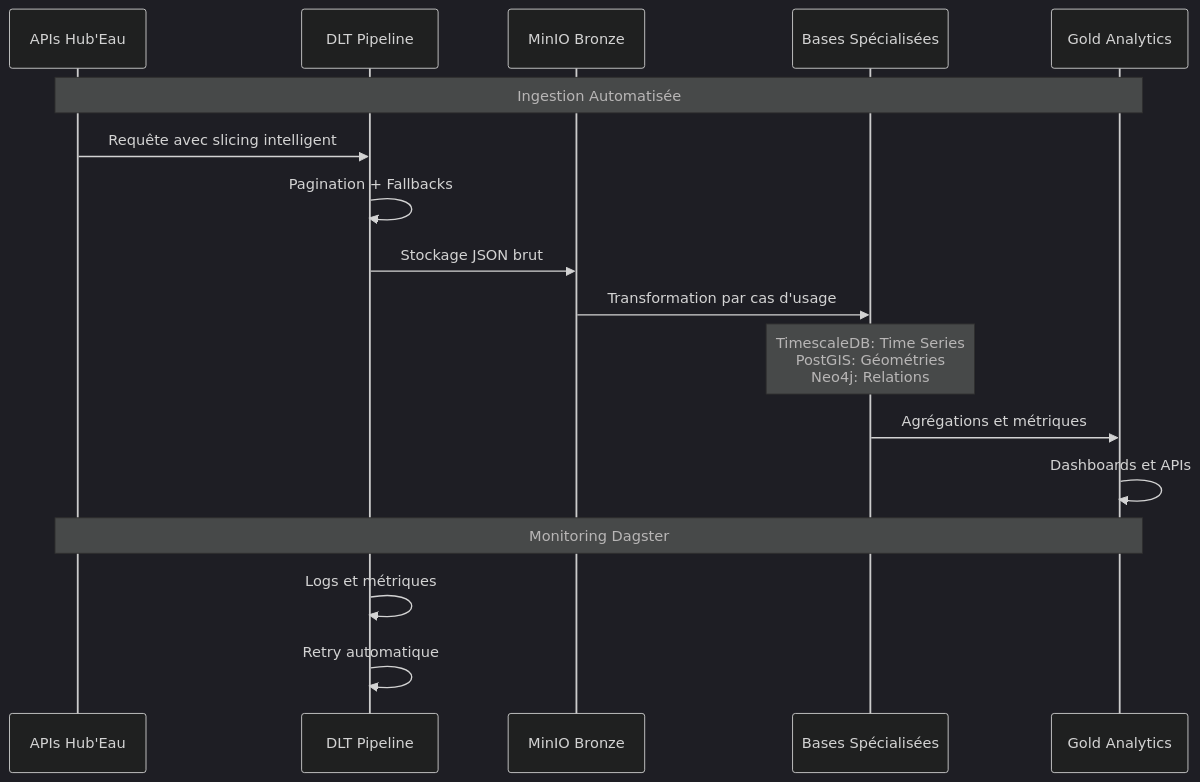
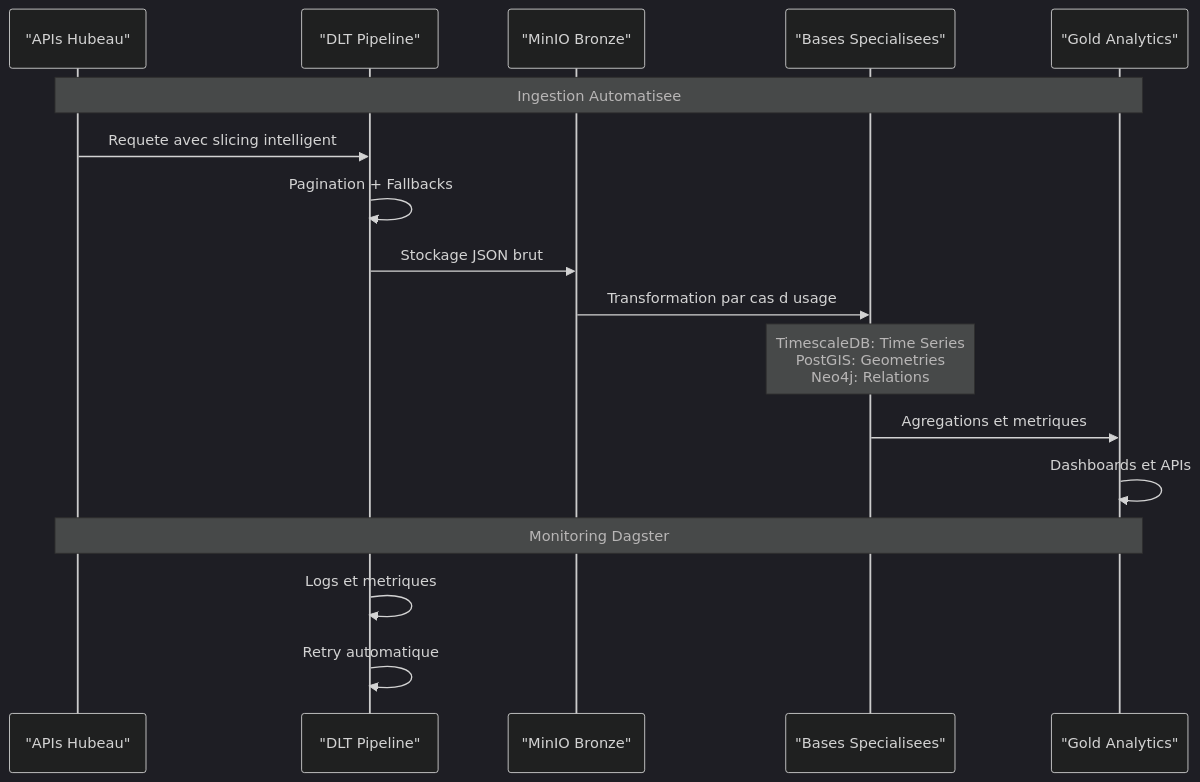
One commit to xairon/hubeau_data_integration changed the third of 4 diagrams in docs/ARCHITECTURE_MODERNE.md. Above: the diagram before and after it, drawn with Mermaid (dark theme). The commit also changed other lines of this file, not shown here.

First line of the commit message:
fix: Correction syntaxe diagrammes Mermaid ARCHITECTURE_MODERNE.md

````diff
--- a/docs/ARCHITECTURE_MODERNE.md
+++ b/docs/ARCHITECTURE_MODERNE.md
@@ -152,24 +152,24 @@
 ```mermaid
 sequenceDiagram
-    participant API as APIs Hub'Eau
-    participant DLT as DLT Pipeline
-    participant MINIO as MinIO Bronze
-    participant DB as Bases Spécialisées
-    participant GOLD as Gold Analytics
+    participant API as "APIs Hubeau"
+    participant DLT as "DLT Pipeline"
+    participant MINIO as "MinIO Bronze"
+    participant DB as "Bases Specialisees"
+    participant GOLD as "Gold Analytics"
     
-    Note over API,GOLD: Ingestion Automatisée
+    Note over API,GOLD: Ingestion Automatisee
     
-    API->>DLT: Requête avec slicing intelligent
+    API->>DLT: Requete avec slicing intelligent
     DLT->>DLT: Pagination + Fallbacks
     DLT->>MINIO: Stockage JSON brut
-    MINIO->>DB: Transformation par cas d'usage
+    MINIO->>DB: Transformation par cas d usage
     
-    Note over DB: TimescaleDB: Time Series<br/>PostGIS: Géométries<br/>Neo4j: Relations
+    Note over DB: TimescaleDB: Time Series<br/>PostGIS: Geometries<br/>Neo4j: Relations
     
-    DB->>GOLD: Agrégations et métriques
+    DB->>GOLD: Agregations et metriques
     GOLD->>GOLD: Dashboards et APIs
     
     Note over API,GOLD: Monitoring Dagster
-    DLT->>DLT: Logs et métriques
+    DLT->>DLT: Logs et metriques
     DLT->>DLT: Retry automatique
 ```
````
